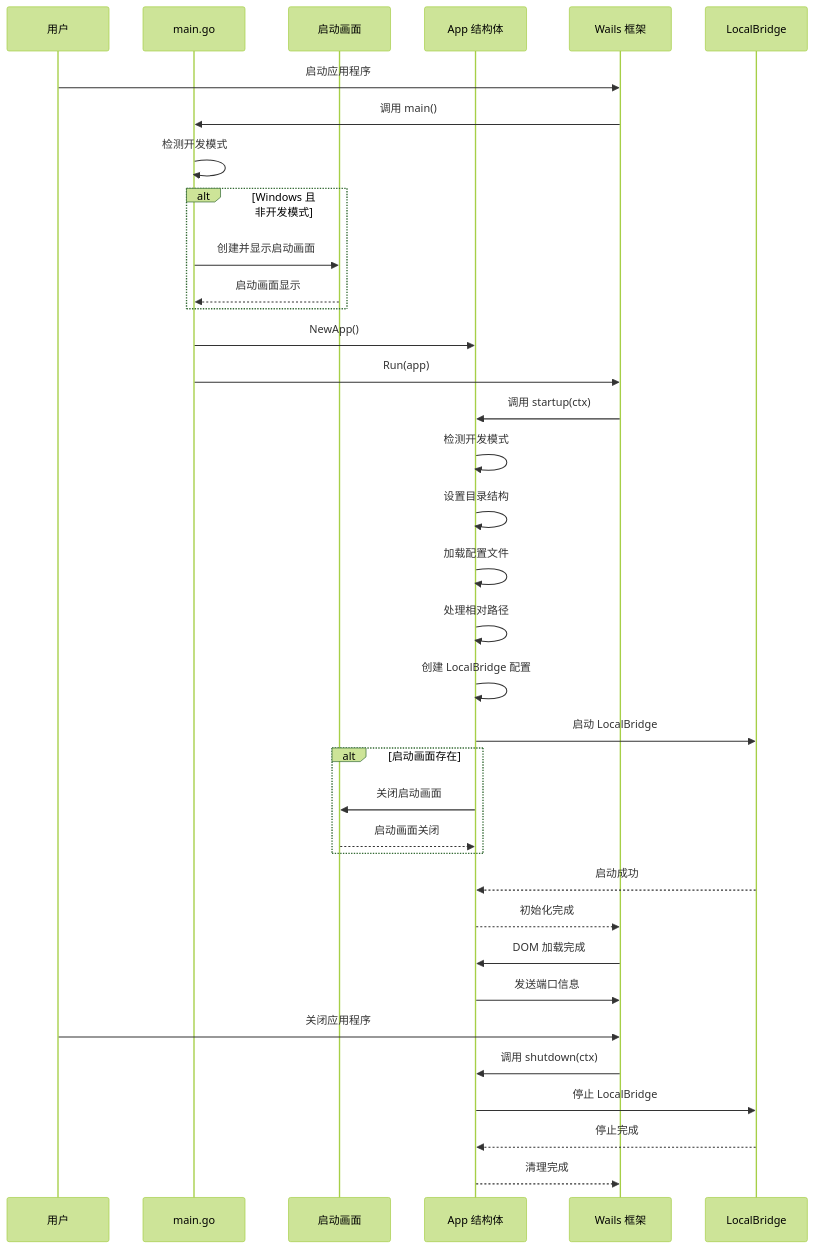
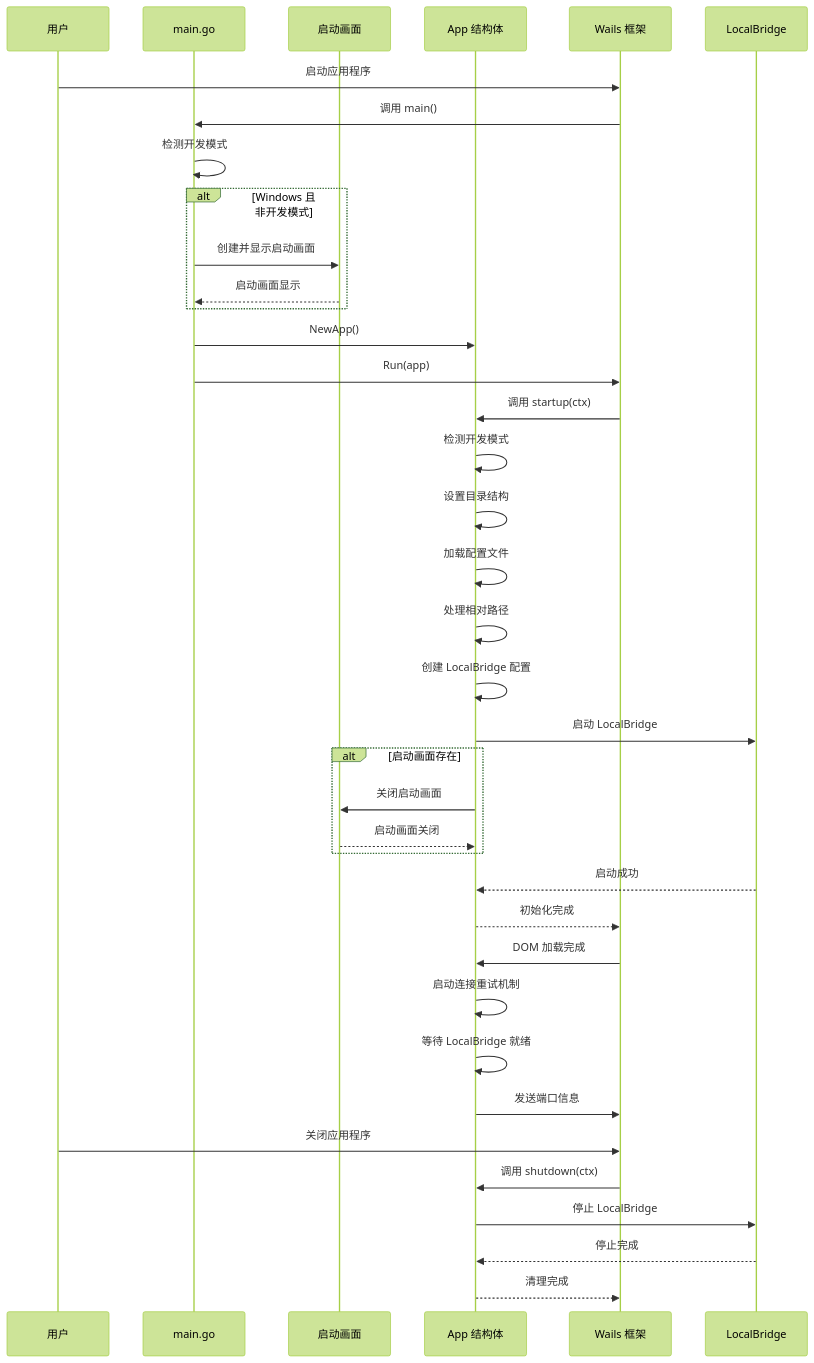
Before and after one commit to kqcoxn/MaaPipelineEditor: diagram 11 of 18 in .qoder/repowiki/zh/content/开发者指南/Extremer 桌面应用程序.md, drawn with Mermaid (forest theme). The commit also changed other lines of this file and 6 other files, not shown here.

````diff
--- a/.qoder/repowiki/zh/content/开发者指南/Extremer 桌面应用程序.md
+++ b/.qoder/repowiki/zh/content/开发者指南/Extremer 桌面应用程序.md
@@ -539,38 +551,40 @@
 ```mermaid
 sequenceDiagram
 participant User as 用户
 participant Main as main.go
 participant Splash as 启动画面
 participant App as App 结构体
 participant Wails as Wails 框架
 participant LB as LocalBridge
 User->>Wails : 启动应用程序
 Wails->>Main : 调用 main()
 Main->>Main : 检测开发模式
 alt Windows 且 非开发模式
 Main->>Splash : 创建并显示启动画面
 Splash-->>Main : 启动画面显示
 end
 Main->>App : NewApp()
 Main->>Wails : Run(app)
 Wails->>App : 调用 startup(ctx)
 App->>App : 检测开发模式
 App->>App : 设置目录结构
 App->>App : 加载配置文件
 App->>App : 处理相对路径
 App->>App : 创建 LocalBridge 配置
 App->>LB : 启动 LocalBridge
 alt 启动画面存在
 App->>Splash : 关闭启动画面
 Splash-->>App : 启动画面关闭
 end
 LB-->>App : 启动成功
 App-->>Wails : 初始化完成
 Wails->>App : DOM 加载完成
+App->>App : 启动连接重试机制
+App->>App : 等待 LocalBridge 就绪
 App->>Wails : 发送端口信息
 User->>Wails : 关闭应用程序
 Wails->>App : 调用 shutdown(ctx)
 App->>LB : 停止 LocalBridge
 LB-->>App : 停止完成
 App-->>Wails : 清理完成
 ```
````
